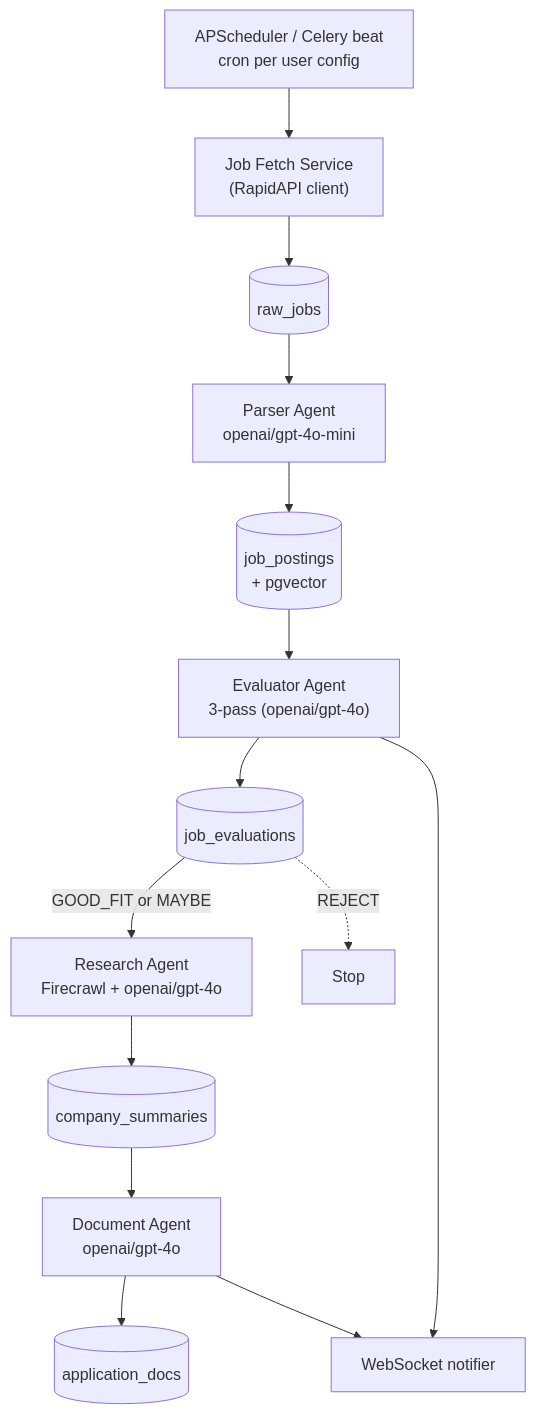
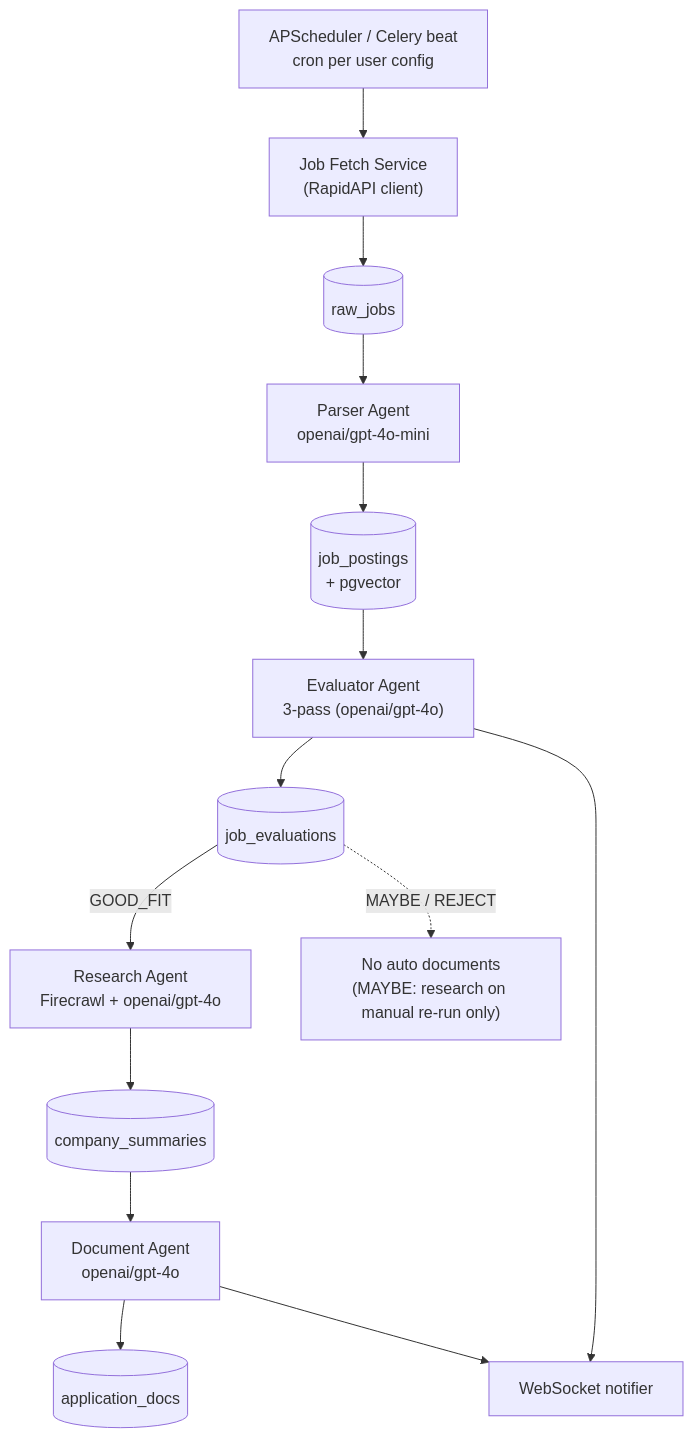
Before and after one commit to Gathondu/kaziro: the diagram in docs/architecture/02-agentic-pipeline.md, drawn with Mermaid. The commit also changed other lines of this file and 17 other files, not shown here.

````diff
--- a/docs/architecture/02-agentic-pipeline.md
+++ b/docs/architecture/02-agentic-pipeline.md
@@ -29,24 +29,24 @@
 ```mermaid
 flowchart TD
   scheduler["APScheduler / Celery beat<br/>cron per user config"]
   fetch["Job Fetch Service<br/>(RapidAPI client)"]
   rawT[("raw_jobs")]
   parser["Parser Agent<br/>openai/gpt-4o-mini"]
   postingsT[("job_postings<br/>+ pgvector")]
   evaluator["Evaluator Agent<br/>3-pass (openai/gpt-4o)"]
   evalT[("job_evaluations")]
   research["Research Agent<br/>Firecrawl + openai/gpt-4o"]
   companyT[("company_summaries")]
   document["Document Agent<br/>openai/gpt-4o"]
   docsT[("application_docs")]
   ws["WebSocket notifier"]
 
   scheduler --> fetch --> rawT
   rawT --> parser --> postingsT
   postingsT --> evaluator --> evalT
-  evalT -->|"GOOD_FIT or MAYBE"| research --> companyT
+  evalT -->|"GOOD_FIT"| research --> companyT
   companyT --> document --> docsT
-  evalT -.->|"REJECT"| stop["Stop"]
+  evalT -.->|"MAYBE / REJECT"| stop["No auto documents<br/>(MAYBE: research on manual re-run only)"]
   evaluator --> ws
   document --> ws
 ```
````
